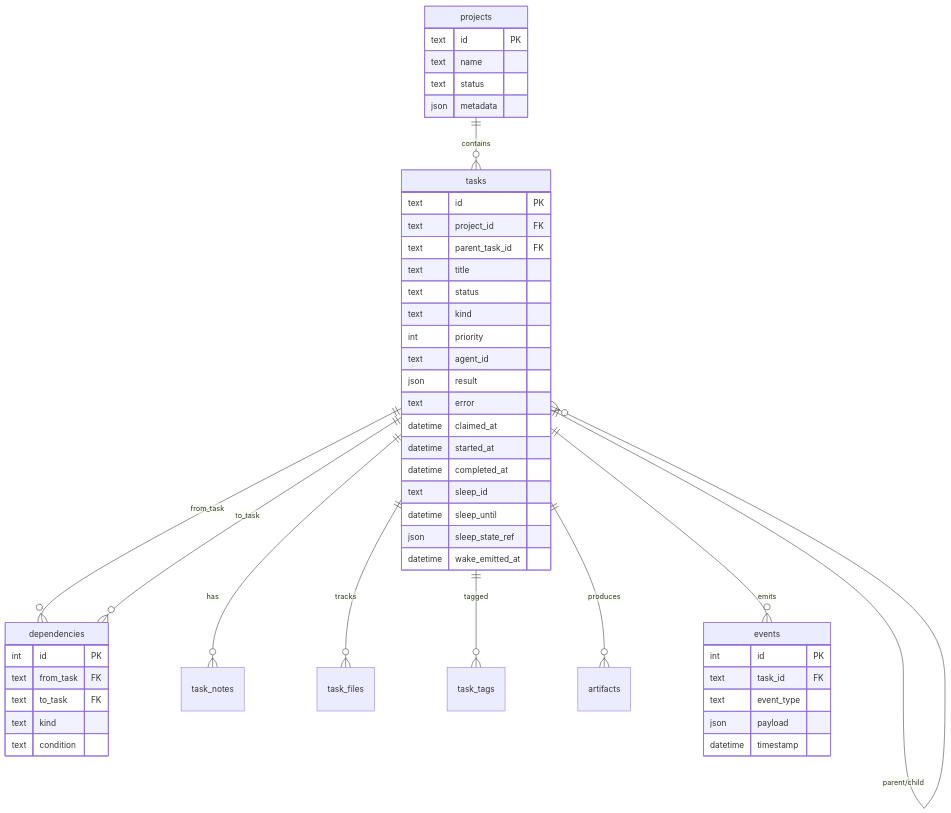
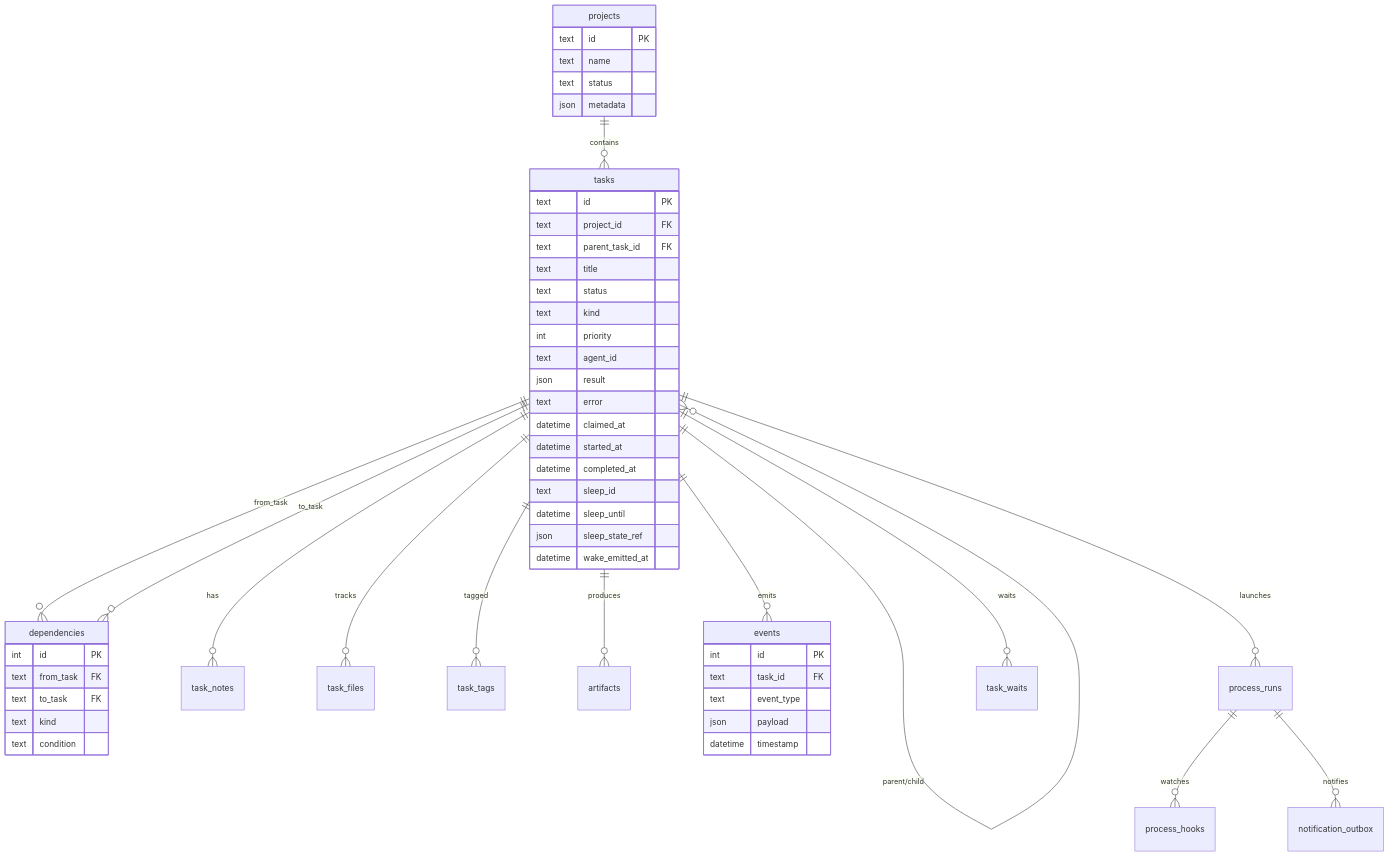
Before and after one commit to BudEcosystem/taskgraph: diagram 12 of 12 in docs/ARCHITECTURE.md, drawn with Mermaid. The commit also changed other lines of this file and 18 other files, not shown here.

````diff
--- a/docs/ARCHITECTURE.md
+++ b/docs/ARCHITECTURE.md
@@ -448,55 +503,59 @@
 ```mermaid
 erDiagram
     projects ||--o{ tasks : contains
     tasks ||--o{ tasks : "parent/child"
     tasks ||--o{ dependencies : "from_task"
     tasks ||--o{ dependencies : "to_task"
     tasks ||--o{ task_notes : has
     tasks ||--o{ task_files : tracks
     tasks ||--o{ task_tags : tagged
     tasks ||--o{ artifacts : produces
     tasks ||--o{ events : emits
+    tasks ||--o{ process_runs : launches
+    tasks ||--o{ task_waits : waits
+    process_runs ||--o{ process_hooks : watches
+    process_runs ||--o{ notification_outbox : notifies
     
     projects {
         text id PK
         text name
         text status
         json metadata
     }
     
     tasks {
         text id PK
         text project_id FK
         text parent_task_id FK
         text title
         text status
         text kind
         int priority
         text agent_id
         json result
         text error
         datetime claimed_at
         datetime started_at
         datetime completed_at
         text sleep_id
         datetime sleep_until
         json sleep_state_ref
         datetime wake_emitted_at
     }
     
     dependencies {
         int id PK
         text from_task FK
         text to_task FK
         text kind
         text condition
     }
     
     events {
         int id PK
         text task_id FK
         text event_type
         json payload
         datetime timestamp
     }
 ```
````
